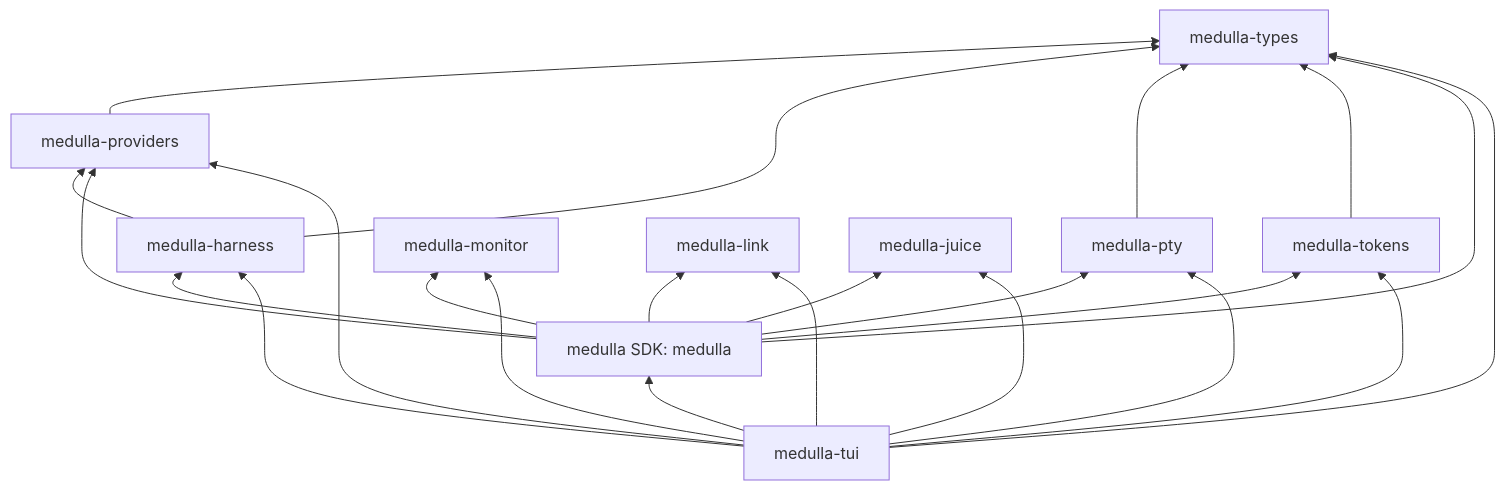
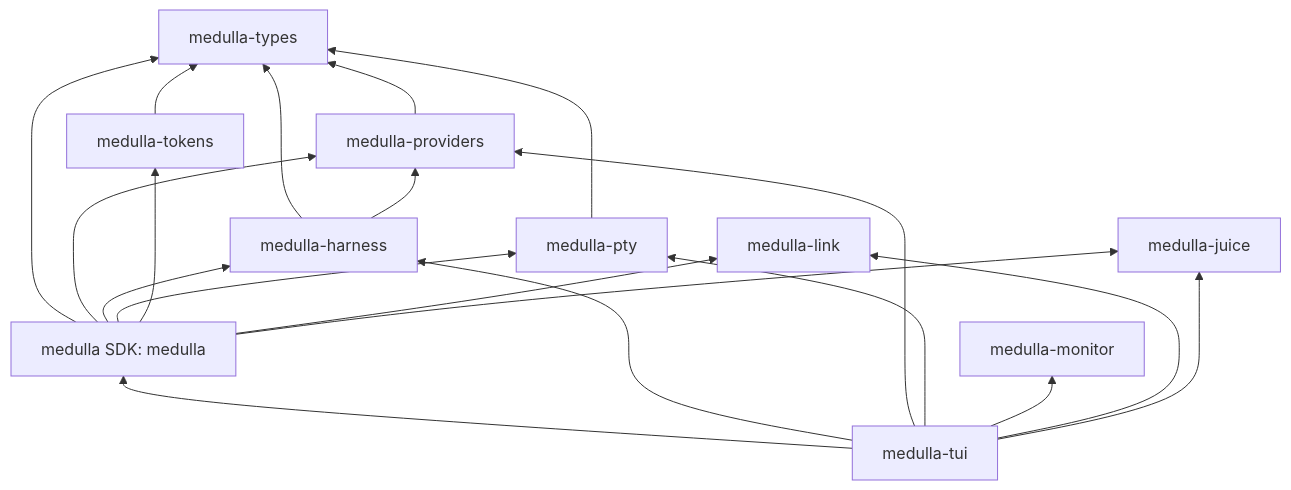
The diagram in gitbooks/developers/architecture.md (senamakel/medulla), drawn with Mermaid before and after one commit. The commit also changed other lines of this file and 2 other files, not shown here.

Commit message:
docs: correct crate dependency graphs and link transport description
The architecture and one-product diagrams now show only direct Cargo
dependencies, dropping the SDK-to-monitor and TUI-to-tokens/types edges that
were actually transitive, and the accompanying prose spells out which crates
the SDK and TUI compose directly. The medulla-link README also clarifies that
the crate's primary role is direct UDP synchronization, with the blind
forwarder retained only for coordination tests.

Auto-committed-on: cuttlefish

````diff
--- a/gitbooks/developers/architecture.md
+++ b/gitbooks/developers/architecture.md
@@ -9,29 +9,26 @@
 ```mermaid
 graph BT
   types[medulla-types]
   providers[medulla-providers] --> types
   harness[medulla-harness] --> types
   harness --> providers
   pty[medulla-pty] --> types
   tokens[medulla-tokens] --> types
   monitor[medulla-monitor]
   link[medulla-link]
   juice[medulla-juice]
   sdk[medulla SDK: medulla] --> types
   sdk --> providers
   sdk --> harness
   sdk --> pty
   sdk --> tokens
-  sdk --> monitor
   sdk --> link
   sdk --> juice
   tui[medulla-tui] --> sdk
   tui --> harness
   tui --> providers
   tui --> pty
   tui --> monitor
   tui --> link
   tui --> juice
-  tui --> tokens
-  tui --> types
 ```
````
